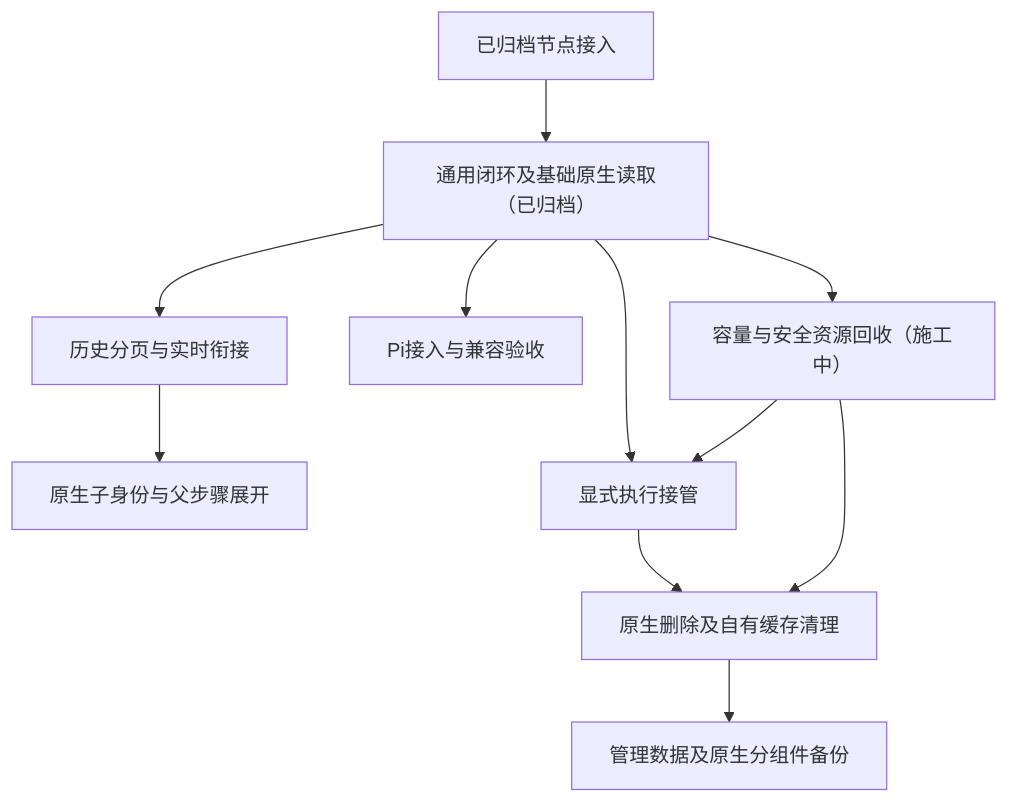
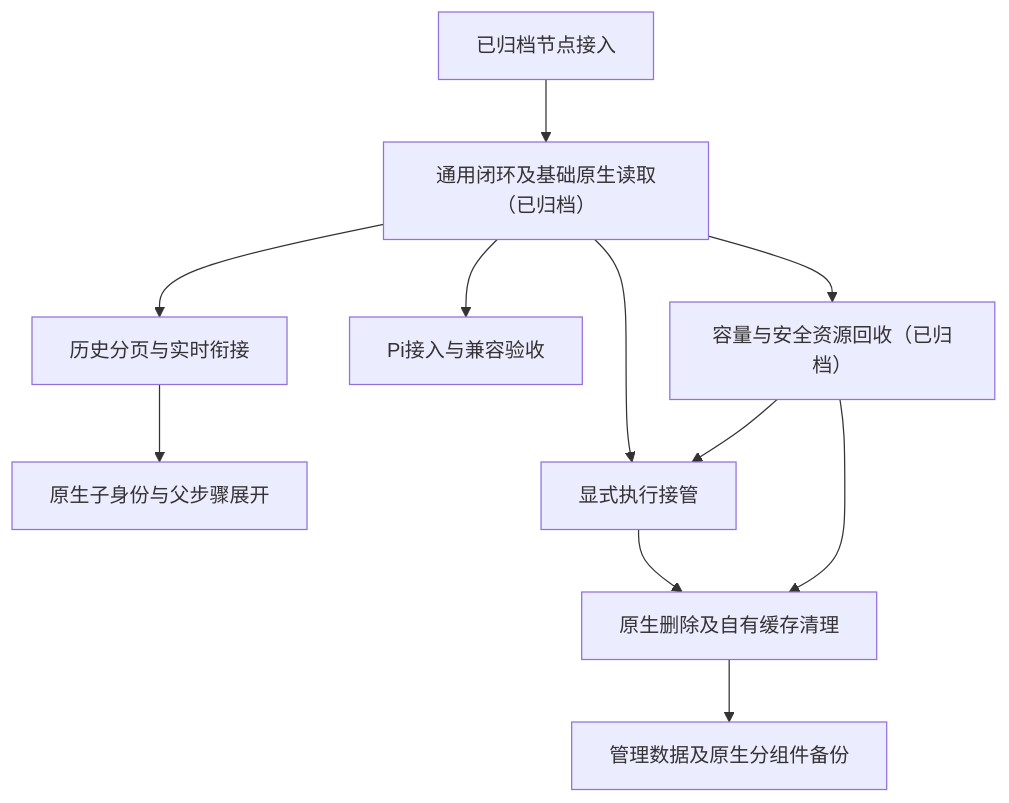
Before and after one commit to lindongfang/acp-remote: the diagram in docs/REBUILD_CAPABILITY_MAP.md, drawn with Mermaid. The commit also changed other lines of this file and 26 other files, not shown here.

````diff
--- a/docs/REBUILD_CAPABILITY_MAP.md
+++ b/docs/REBUILD_CAPABILITY_MAP.md
@@ -32,13 +33,13 @@
 ```mermaid
 flowchart TD
   A["已归档节点接入"] --> B["通用闭环及基础原生读取（已归档）"]
   B --> C["历史分页与实时衔接"]
   B --> D["Pi接入与兼容验收"]
   C --> F["原生子身份与父步骤展开"]
-  B --> G["容量与安全资源回收（施工中）"]
+  B --> G["容量与安全资源回收（已归档）"]
   B --> H["显式执行接管"]
   G --> H
   H --> I["原生删除及自有缓存清理"]
   G --> I
   I --> J["管理数据及原生分组件备份"]
 ```
````
